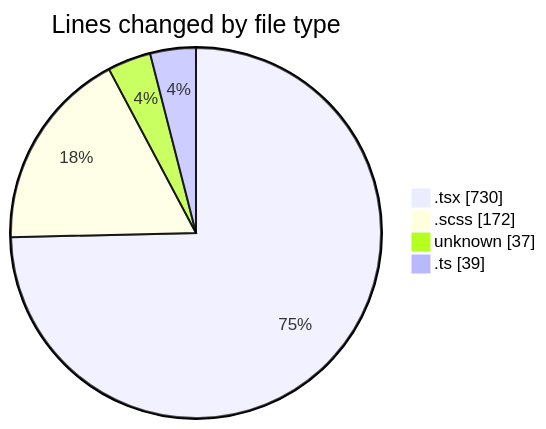
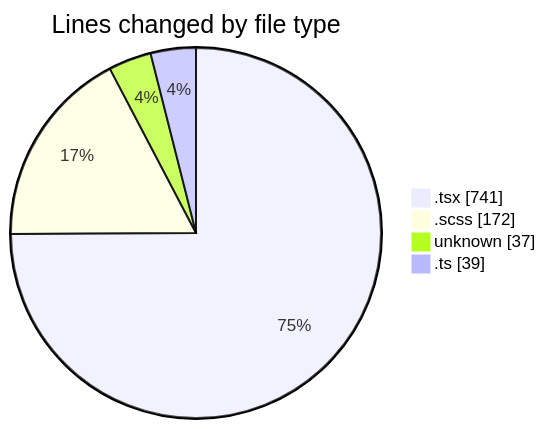
One commit to momahboobian/code-tracking changed the first of 2 diagrams in 2025-09-16/cda/README.md. Above: the diagram before and after it, drawn with Mermaid. The commit also changed other lines of this file and 1 other file, not shown here.

````diff
--- a/2025-09-16/cda/README.md
+++ b/2025-09-16/cda/README.md
@@ -25,8 +25,8 @@
 ```mermaid
 pie showData
 title Lines changed by file type
-".tsx" : 730
+".tsx" : 741
 ".scss" : 172
 "unknown" : 37
 ".ts" : 39
 ```
````
